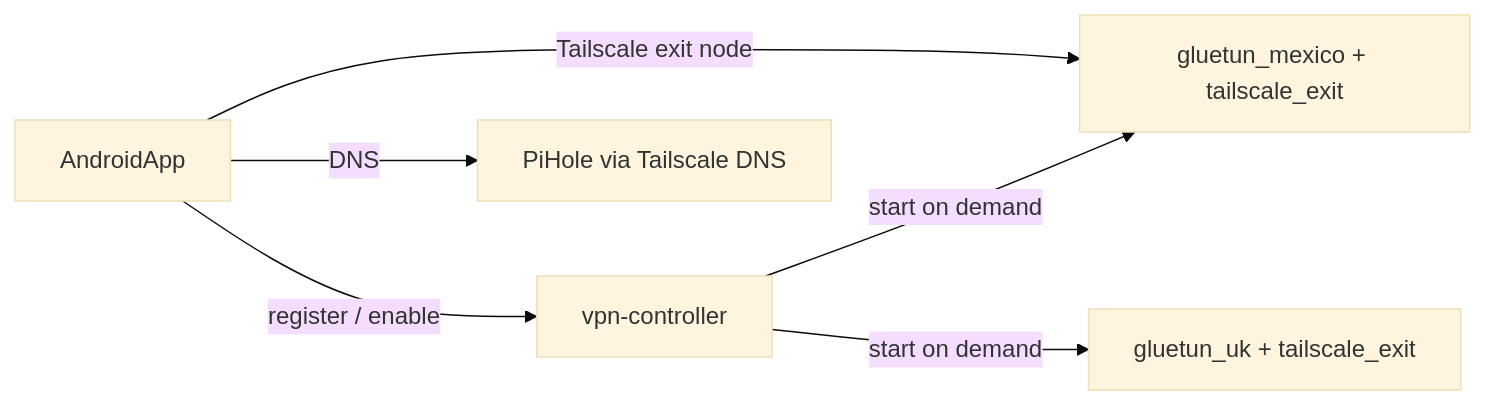
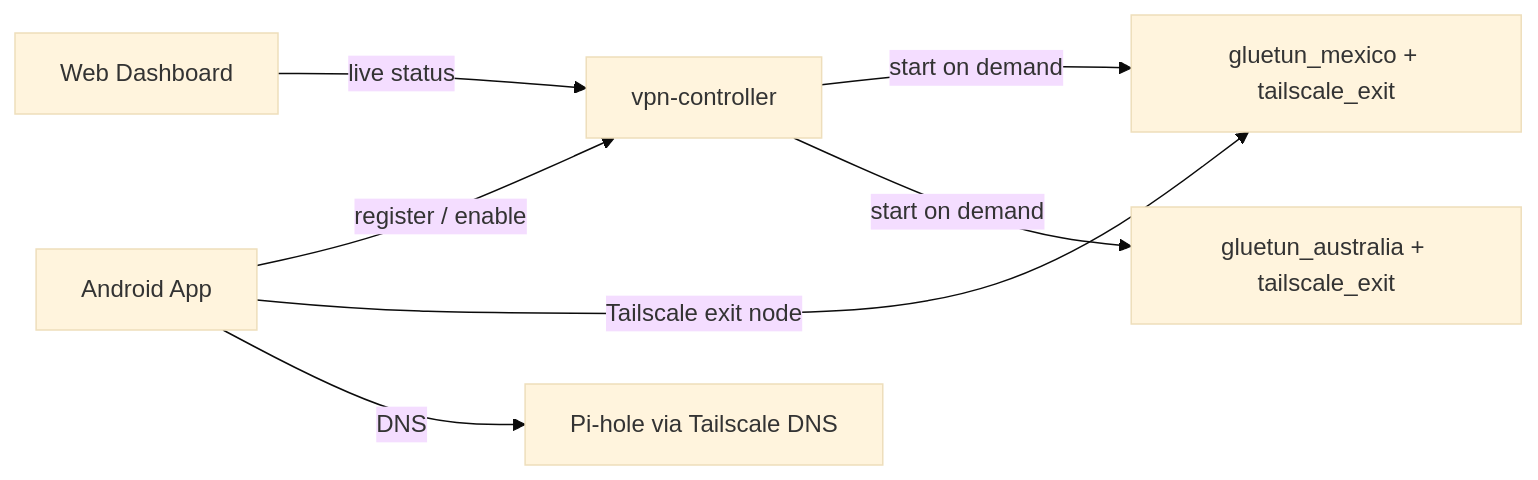
Before and after one commit to AKASGaming/tailscale-pia-controller: the diagram in README.md, drawn with Mermaid (base theme). The commit also changed other lines of this file, not shown here.

First line of the commit message:
Update README with current Docker, Android, and dashboard usage

````diff
--- a/README.md
+++ b/README.md
@@ -237,14 +276,16 @@
 ```mermaid
 flowchart LR
-  Phone[AndroidApp]
+  Phone[Android App]
+  Web[Web Dashboard]
   API[vpn-controller]
   MX[gluetun_mexico + tailscale_exit]
-  UK[gluetun_uk + tailscale_exit]
-  PiHole[PiHole via Tailscale DNS]
+  AU[gluetun_australia + tailscale_exit]
+  PiHole[Pi-hole via Tailscale DNS]
 
   Phone -->|register / enable| API
+  Web -->|live status| API
   API -->|start on demand| MX
-  API -->|start on demand| UK
+  API -->|start on demand| AU
   Phone -->|Tailscale exit node| MX
   Phone -->|DNS| PiHole
 ```
````
